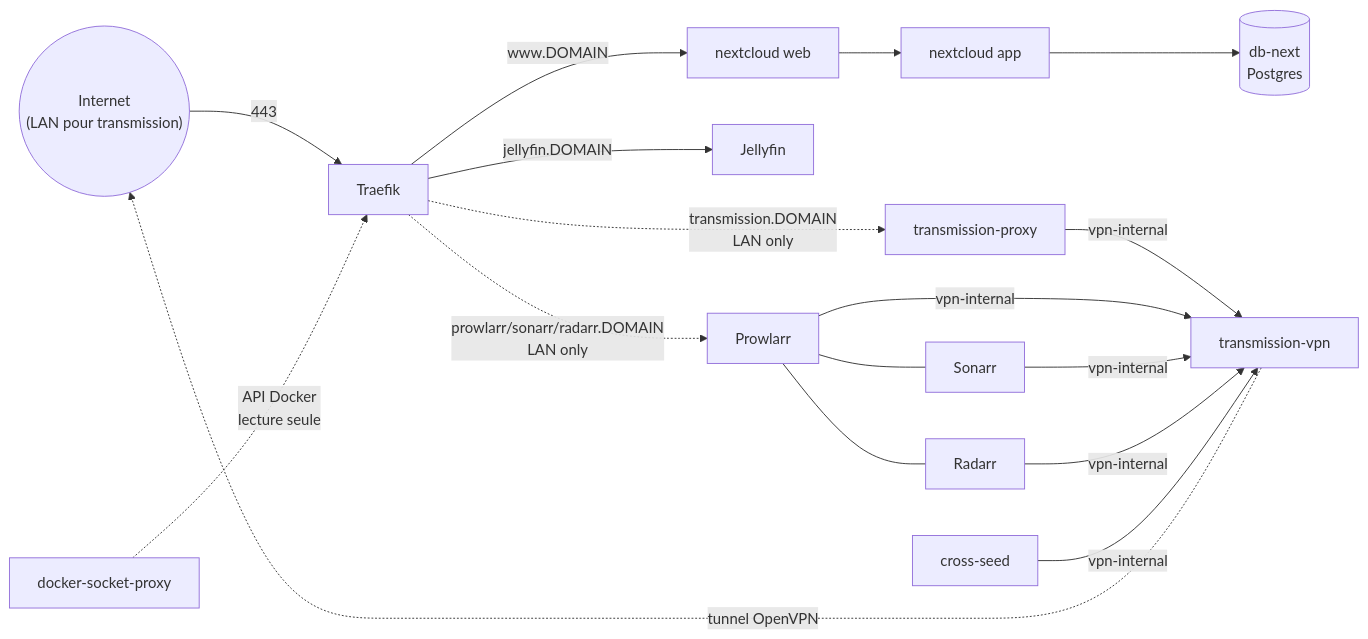
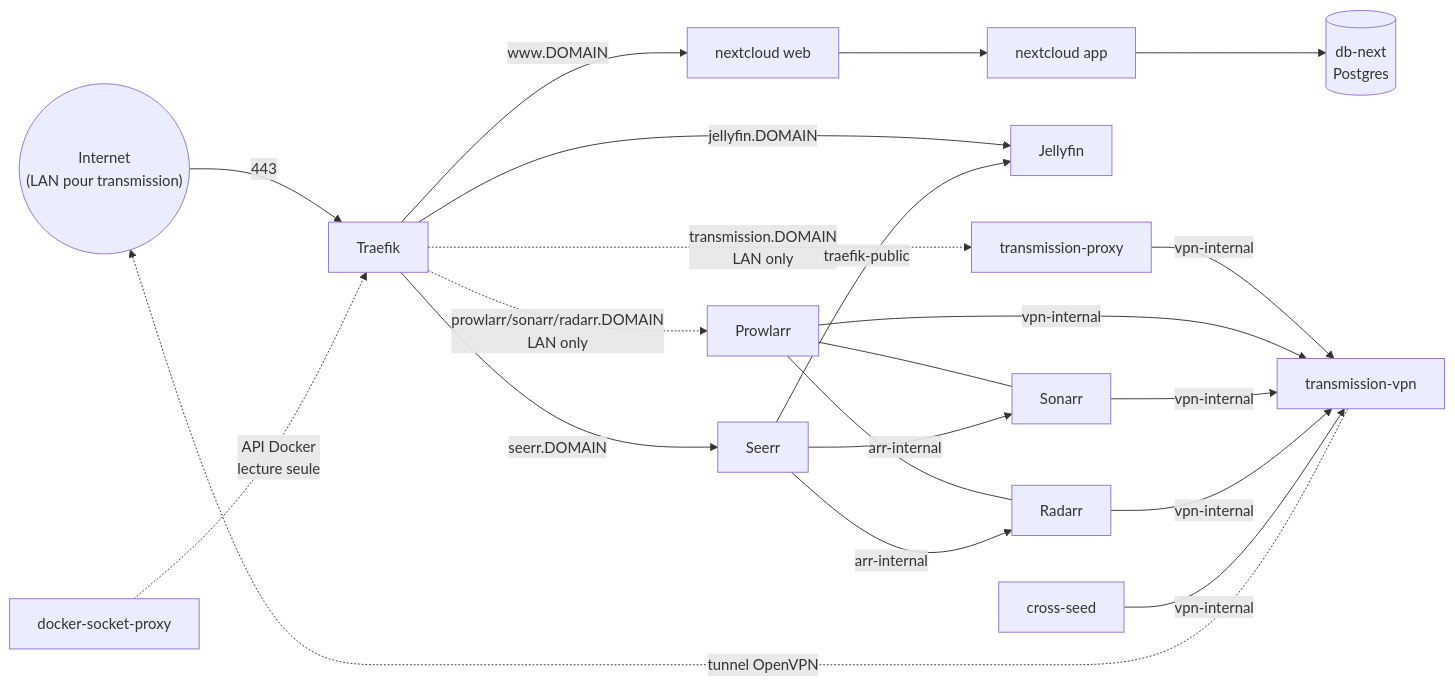
Before and after one commit to nattyebola/home-server-services: the diagram in README.md, drawn with Mermaid. The commit also changed other lines of this file and 4 other files, not shown here.

First line of the commit message:
Add Seerr stack for unified request UI, mount library into Jellyfin

````diff
--- a/README.md
+++ b/README.md
@@ -15,24 +15,29 @@
 ```mermaid
 flowchart LR
     Internet(("Internet\n(LAN pour transmission)")) -->|"443"| Traefik
 
     Traefik -->|"www.DOMAIN"| Web[nextcloud web]
     Web --> App[nextcloud app]
     App --> DB[("db-next\nPostgres")]
 
     Traefik -->|"jellyfin.DOMAIN"| Jellyfin
 
     Traefik -.->|"transmission.DOMAIN\nLAN only"| Proxy[transmission-proxy]
     Proxy -->|"vpn-internal"| VPN[transmission-vpn]
     VPN -.->|"tunnel OpenVPN"| Internet
 
     SocketProxy[docker-socket-proxy] -.->|"API Docker\nlecture seule"| Traefik
 
     Traefik -.->|"prowlarr/sonarr/radarr.DOMAIN\nLAN only"| Prowlarr
     Prowlarr --- Sonarr
     Prowlarr --- Radarr
     Prowlarr -->|"vpn-internal"| VPN
     Sonarr -->|"vpn-internal"| VPN
     Radarr -->|"vpn-internal"| VPN
     CrossSeed[cross-seed] -->|"vpn-internal"| VPN
+
+    Traefik -->|"seerr.DOMAIN"| Seerr
+    Seerr -->|"arr-internal"| Sonarr
+    Seerr -->|"arr-internal"| Radarr
+    Seerr -->|"traefik-public"| Jellyfin
 ```
````
